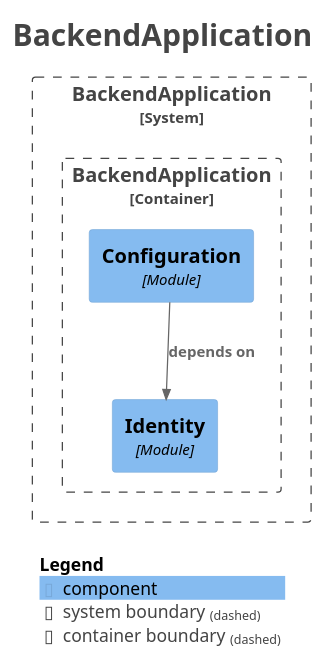
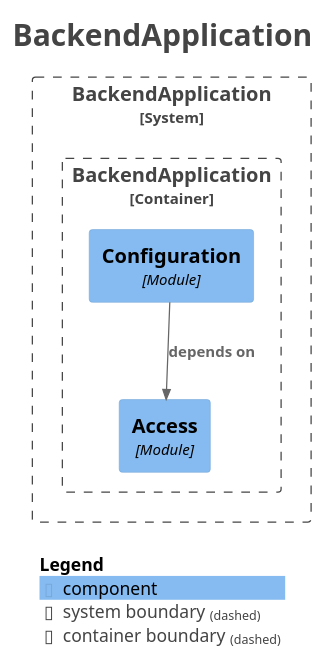
The diagram in docs/architecture/modules/components.puml (fxavier/restaurantePRO), drawn with PlantUML before and after one commit. The commit also changed 16 other files, not shown here.

First line of the commit message:
refactor(access): extract authorization primitives from identity (S0b)

```diff
--- a/docs/architecture/modules/components.puml
+++ b/docs/architecture/modules/components.puml
@@ -1,30 +1,30 @@
 @startuml
 title <size:24>BackendApplication</size>
 
 set separator none
 top to bottom direction
 
 <style>
   root {
     BackgroundColor: #ffffff
     FontColor: #444444
   }
 </style>
 
 !include <C4/C4>
 !include <C4/C4_Context>
 !include <C4/C4_Component>
 
 System_Boundary("BackendApplication_boundary", "BackendApplication", $tags="") {
   Container_Boundary("BackendApplication.BackendApplication_boundary", "BackendApplication", $tags="") {
-    Component(BackendApplication.BackendApplication.Identity, "Identity", $techn="Module", $descr="", $tags="", $link="")
+    Component(BackendApplication.BackendApplication.Access, "Access", $techn="Module", $descr="", $tags="", $link="")
     Component(BackendApplication.BackendApplication.Configuration, "Configuration", $techn="Module", $descr="", $tags="", $link="")
   }
 
 }
 
-Rel(BackendApplication.BackendApplication.Configuration, BackendApplication.BackendApplication.Identity, "depends on", $techn="", $tags="", $link="")
+Rel(BackendApplication.BackendApplication.Configuration, BackendApplication.BackendApplication.Access, "depends on", $techn="", $tags="", $link="")
 
 SHOW_LEGEND(true)
 hide stereotypes
 @enduml
```
